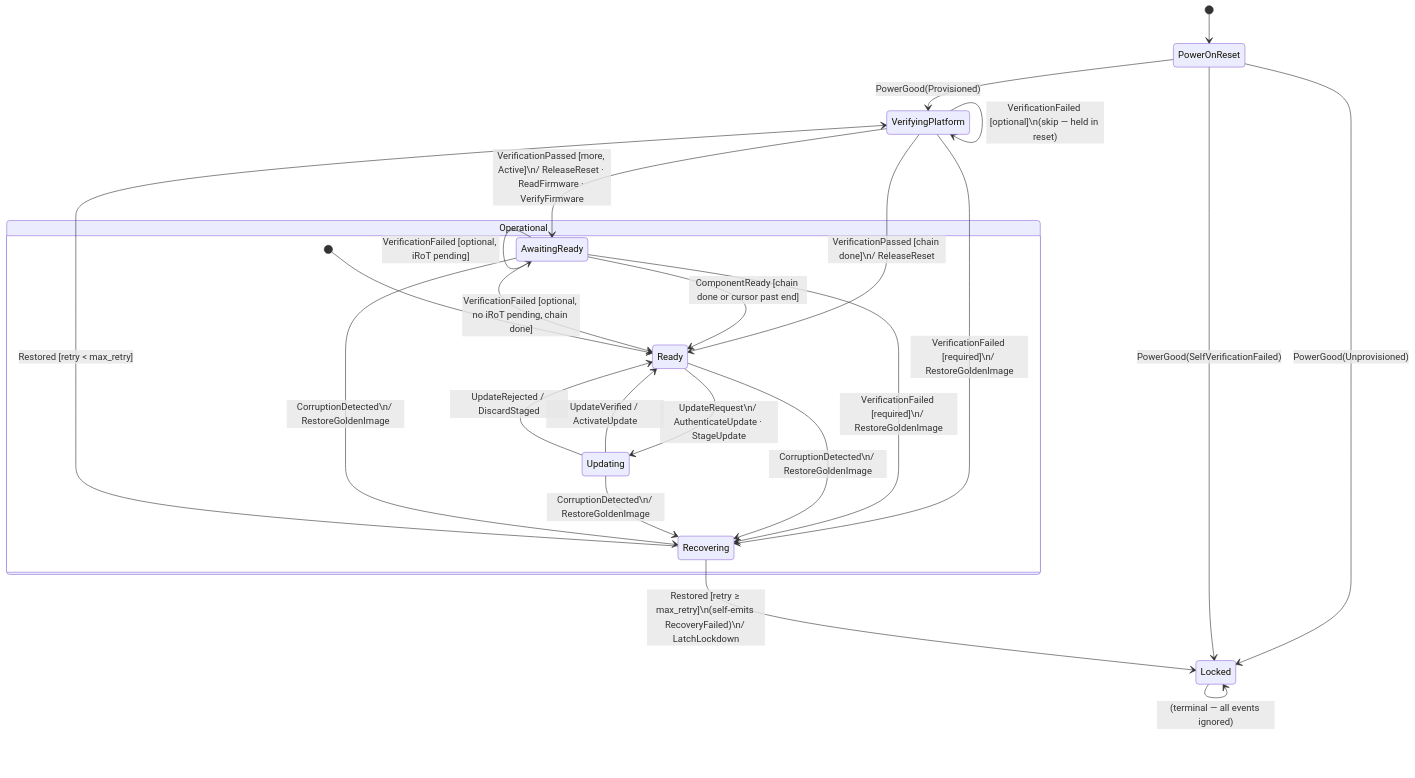
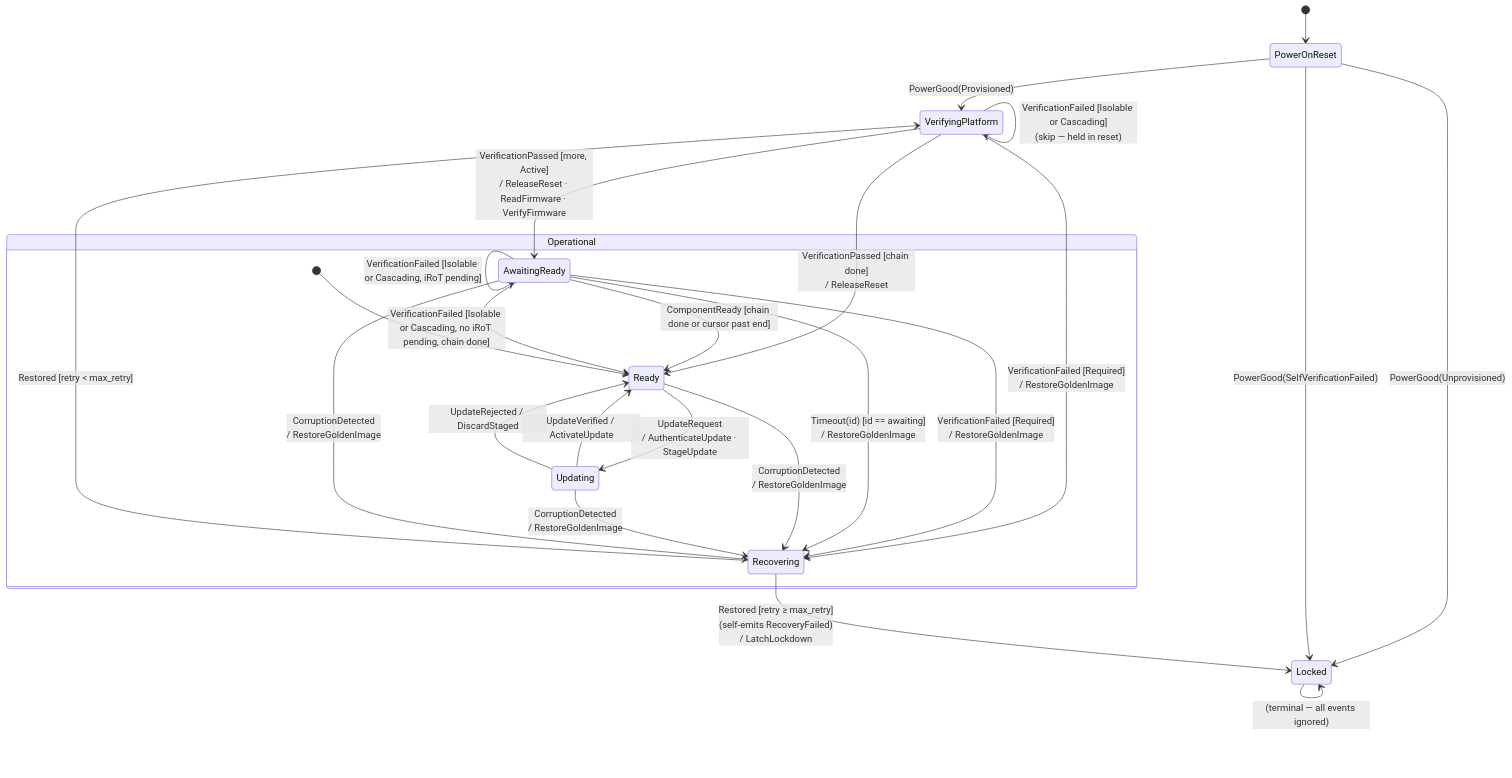
One commit to rusty1968/openprot changed the diagram in docs/src/design/orchestrator/orchestrator-machine.md. Above: the diagram before and after it, drawn with Mermaid. The commit also changed other lines of this file and 3 other files, not shown here.

````diff
--- a/docs/src/design/orchestrator/orchestrator-machine.md
+++ b/docs/src/design/orchestrator/orchestrator-machine.md
@@ -7,35 +7,36 @@
 ```mermaid
 stateDiagram-v2
     [*] --> PowerOnReset
 
     PowerOnReset --> VerifyingPlatform : PowerGood(Provisioned)
     PowerOnReset --> Locked             : PowerGood(Unprovisioned)
     PowerOnReset --> Locked             : PowerGood(SelfVerificationFailed)
 
-    VerifyingPlatform --> VerifyingPlatform : VerificationPassed [more, Passive]\n/ ReleaseReset · ReadFirmware · VerifyFirmware
-    VerifyingPlatform --> AwaitingReady     : VerificationPassed [more, Active]\n/ ReleaseReset · ReadFirmware · VerifyFirmware
-    VerifyingPlatform --> Ready             : VerificationPassed [chain done]\n/ ReleaseReset
-    VerifyingPlatform --> VerifyingPlatform : VerificationFailed [optional]\n(skip — held in reset)
-    VerifyingPlatform --> Recovering        : VerificationFailed [required]\n/ RestoreGoldenImage
+    VerifyingPlatform --> VerifyingPlatform : VerificationPassed [more, Passive]<br/>/ ReleaseReset · ReadFirmware · VerifyFirmware
+    VerifyingPlatform --> AwaitingReady     : VerificationPassed [more, Active]<br/>/ ReleaseReset · ReadFirmware · VerifyFirmware
+    VerifyingPlatform --> Ready             : VerificationPassed [chain done]<br/>/ ReleaseReset
+    VerifyingPlatform --> VerifyingPlatform : VerificationFailed [Isolable or Cascading]<br/>(skip — held in reset)
+    VerifyingPlatform --> Recovering        : VerificationFailed [Required]<br/>/ RestoreGoldenImage
 
-    AwaitingReady --> AwaitingReady : VerificationPassed [more]\n/ ReleaseReset · ReadFirmware · VerifyFirmware
+    AwaitingReady --> AwaitingReady : VerificationPassed [more]<br/>/ ReleaseReset · ReadFirmware · VerifyFirmware
     AwaitingReady --> Ready         : ComponentReady [chain done or cursor past end]
     AwaitingReady --> AwaitingReady : ComponentReady [more]
-    AwaitingReady --> AwaitingReady : VerificationFailed [optional, iRoT pending]
-    AwaitingReady --> Ready         : VerificationFailed [optional, no iRoT pending, chain done]
-    AwaitingReady --> Recovering    : VerificationFailed [required]\n/ RestoreGoldenImage
+    AwaitingReady --> AwaitingReady : VerificationFailed [Isolable or Cascading, iRoT pending]
+    AwaitingReady --> Ready         : VerificationFailed [Isolable or Cascading, no iRoT pending, chain done]
+    AwaitingReady --> Recovering    : VerificationFailed [Required]<br/>/ RestoreGoldenImage
+    AwaitingReady --> Recovering    : Timeout(id) [id == awaiting]<br/>/ RestoreGoldenImage
 
     state Operational {
         [*]           --> Ready
-        Ready         --> Updating      : UpdateRequest\n/ AuthenticateUpdate · StageUpdate
+        Ready         --> Updating      : UpdateRequest<br/>/ AuthenticateUpdate · StageUpdate
         Updating      --> Ready         : UpdateVerified / ActivateUpdate
         Updating      --> Ready         : UpdateRejected / DiscardStaged
-        Ready         --> Recovering    : CorruptionDetected\n/ RestoreGoldenImage
-        Updating      --> Recovering    : CorruptionDetected\n/ RestoreGoldenImage
-        AwaitingReady --> Recovering    : CorruptionDetected\n/ RestoreGoldenImage
+        Ready         --> Recovering    : CorruptionDetected<br/>/ RestoreGoldenImage
+        Updating      --> Recovering    : CorruptionDetected<br/>/ RestoreGoldenImage
+        AwaitingReady --> Recovering    : CorruptionDetected<br/>/ RestoreGoldenImage
     }
 
     Recovering --> VerifyingPlatform : Restored [retry < max_retry]
-    Recovering --> Locked    : Restored [retry ≥ max_retry]\n(self-emits RecoveryFailed)\n/ LatchLockdown
+    Recovering --> Locked    : Restored [retry ≥ max_retry]<br/>(self-emits RecoveryFailed)<br/>/ LatchLockdown
     Locked     --> Locked    : (terminal — all events ignored)
 ```
````
